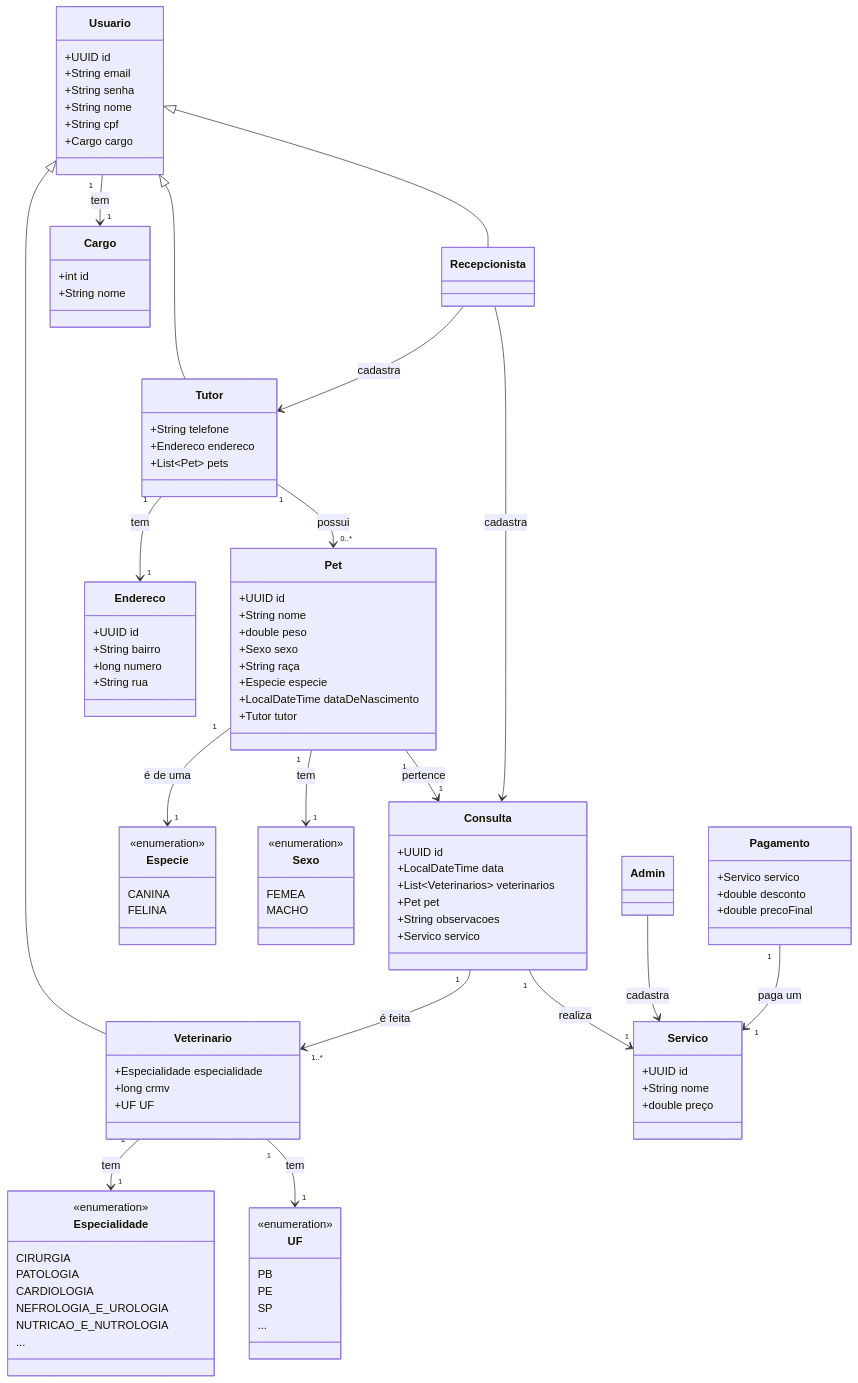
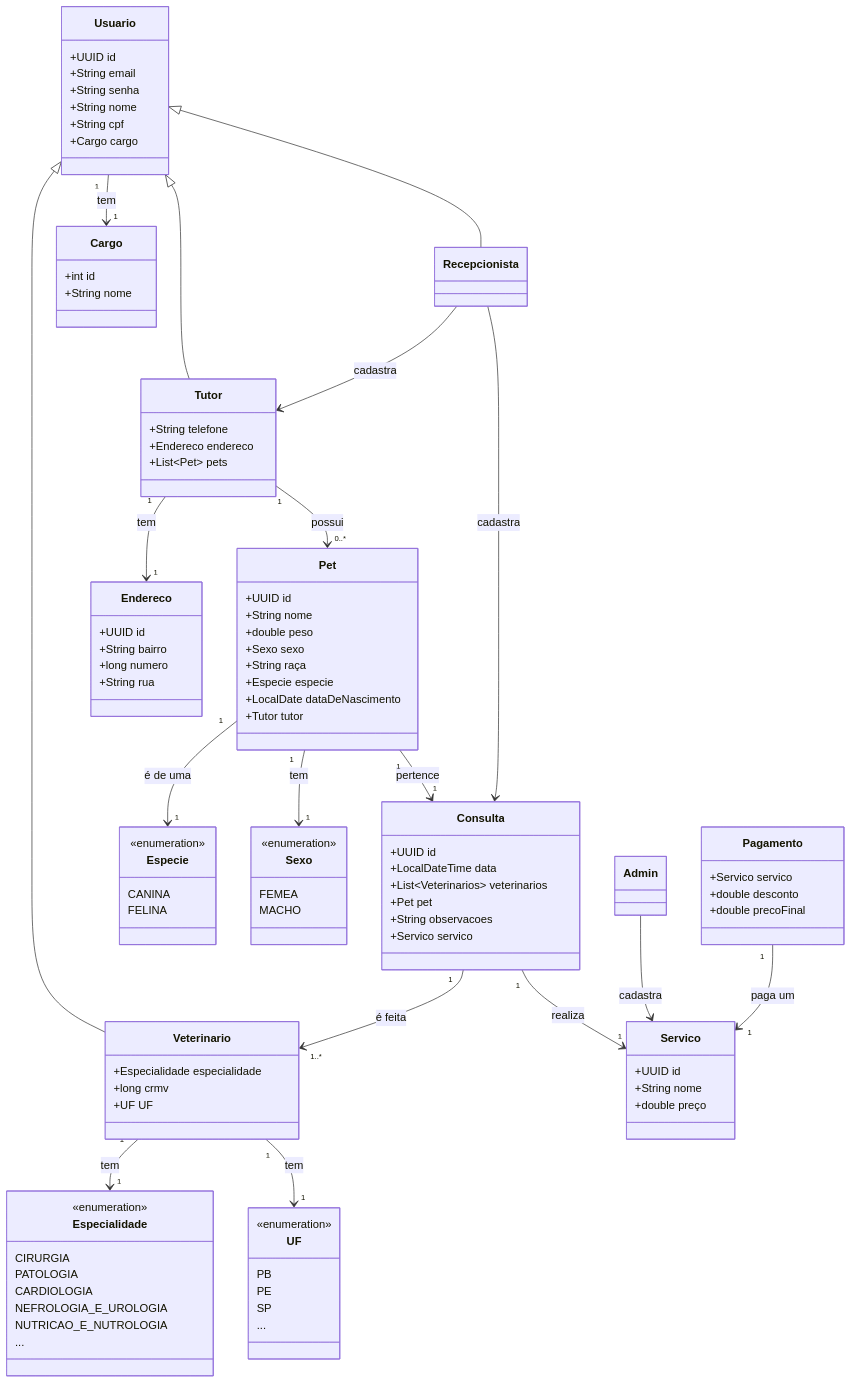
Before and after one commit to EmmanuellaAlbuquerque/4Paws: the second of 2 diagrams in README.md, drawn with Mermaid.

Commit message:
Fix: dataDeNascimento do Pet como LocalDate

```diff
--- a/README.md
+++ b/README.md
@@ -85,7 +85,7 @@
         +Sexo sexo
         +String raça
         +Especie especie
-        +LocalDateTime dataDeNascimento
+        +LocalDate dataDeNascimento
         +Tutor tutor
     }
 
```
